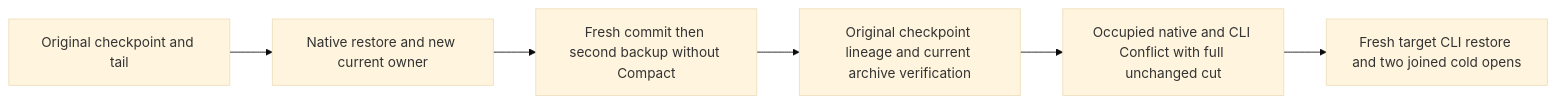
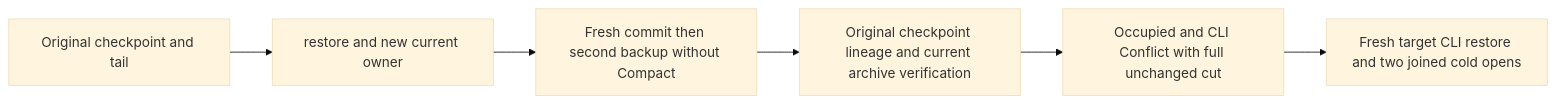
Diagram 12 of 13 in docs/Features/BackupRestore.md (managedcode/KeyLoad), drawn with Mermaid (base theme) before and after one commit. The commit also changed other lines of this file and 9016 other files, not shown here.

````diff
--- a/docs/Features/BackupRestore.md
+++ b/docs/Features/BackupRestore.md
@@ -380,8 +374,8 @@
 ```mermaid
 flowchart LR
- A[Original checkpoint and tail] --> B[Native restore and new current owner]
+ A[Original checkpoint and tail] --> B[restore and new current owner]
  B --> C[Fresh commit then second backup without Compact]
  C --> D[Original checkpoint lineage and current archive verification]
- D --> E[Occupied native and CLI Conflict with full unchanged cut]
+ D --> E[Occupied and CLI Conflict with full unchanged cut]
  E --> F[Fresh target CLI restore and two joined cold opens]
 ```
````
